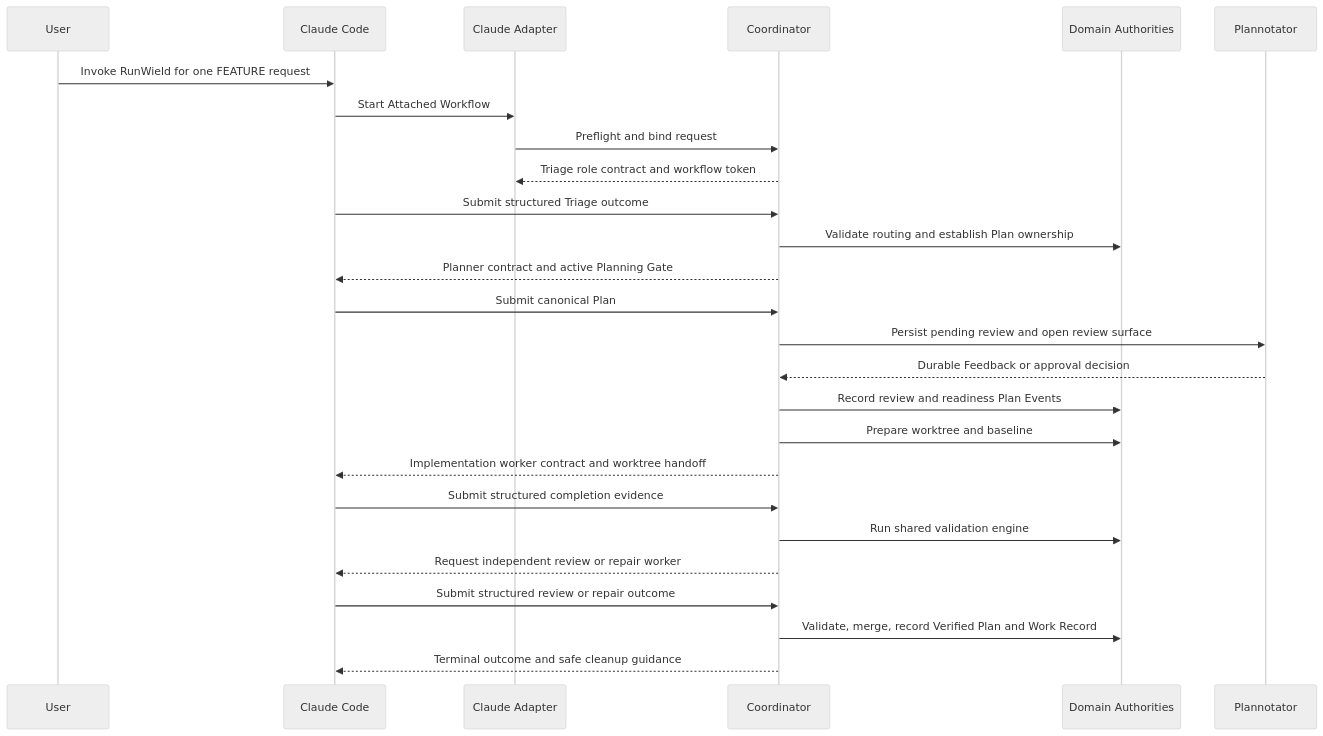
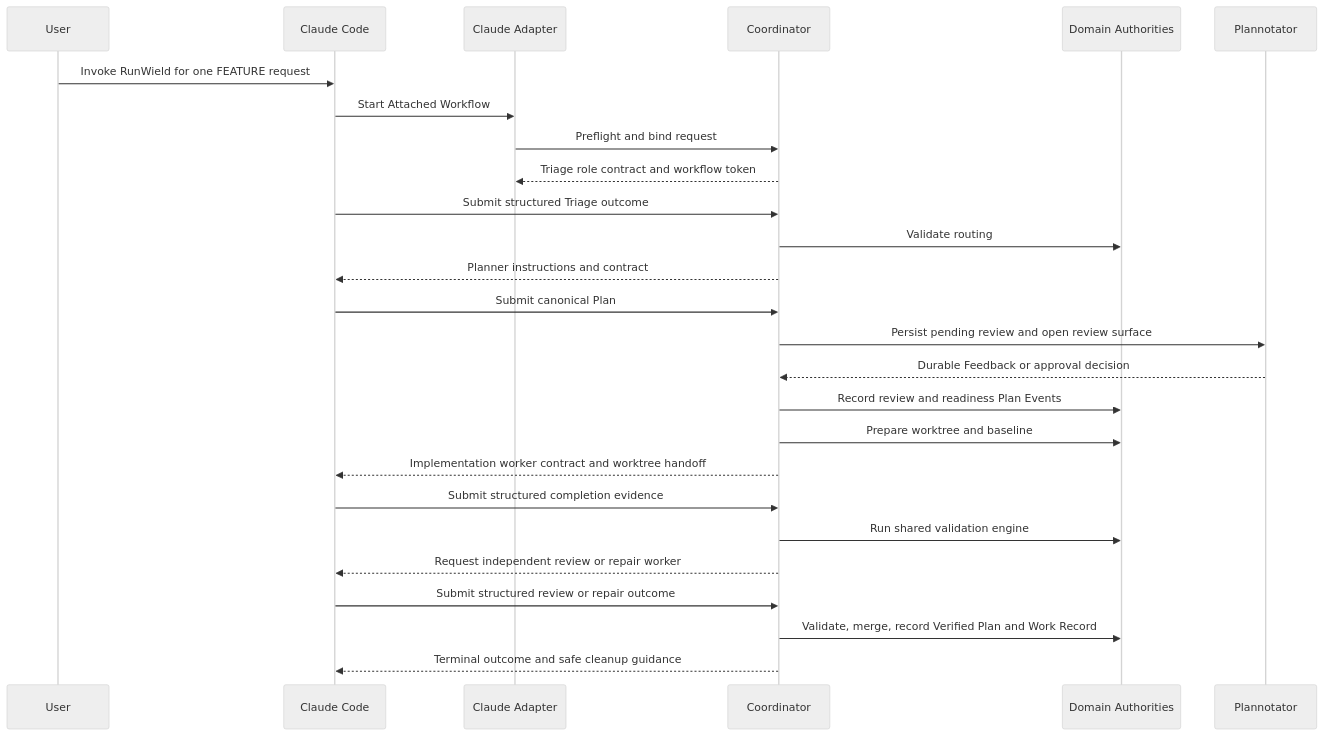
One commit to gandazgul/runwield changed the second of 3 diagrams in docs/plans/attached-mode-claude-feature-preview.md. Above: the diagram before and after it, drawn with Mermaid (neutral theme). The commit also changed other lines of this file and 25 other files, not shown here.

````diff
--- a/docs/plans/attached-mode-claude-feature-preview.md
+++ b/docs/plans/attached-mode-claude-feature-preview.md
@@ -224,29 +224,29 @@
 ```mermaid
 sequenceDiagram
     participant U as User
     participant H as Claude Code
     participant A as Claude Adapter
     participant C as Coordinator
     participant D as Domain Authorities
     participant P as Plannotator
 
     U->>H: Invoke RunWield for one FEATURE request
     H->>A: Start Attached Workflow
     A->>C: Preflight and bind request
     C-->>A: Triage role contract and workflow token
     H->>C: Submit structured Triage outcome
-    C->>D: Validate routing and establish Plan ownership
-    C-->>H: Planner contract and active Planning Gate
+    C->>D: Validate routing
+    C-->>H: Planner instructions and contract
     H->>C: Submit canonical Plan
     C->>P: Persist pending review and open review surface
     P-->>C: Durable Feedback or approval decision
     C->>D: Record review and readiness Plan Events
     C->>D: Prepare worktree and baseline
     C-->>H: Implementation worker contract and worktree handoff
     H->>C: Submit structured completion evidence
     C->>D: Run shared validation engine
     C-->>H: Request independent review or repair worker
     H->>C: Submit structured review or repair outcome
     C->>D: Validate, merge, record Verified Plan and Work Record
     C-->>H: Terminal outcome and safe cleanup guidance
 ```
````
